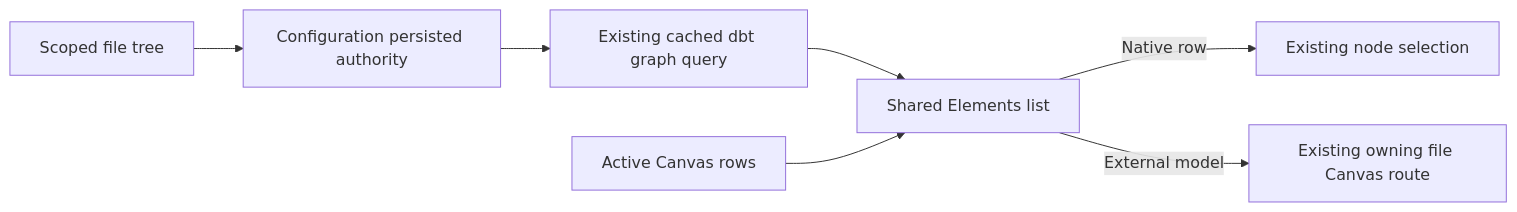
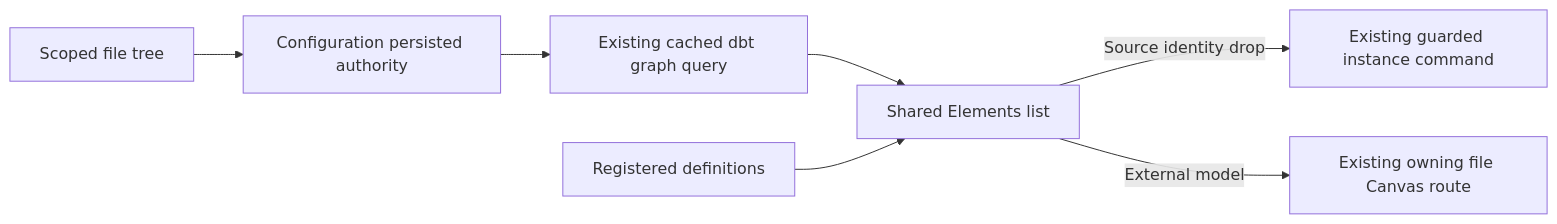
Before and after one commit to dunay2/dvt: the first of 5 diagrams in docs/architecture/components/web/code-workbench-workspace-files-component.md, drawn with Mermaid. The commit also changed other lines of this file and 10 other files, not shown here.

Commit message:
fix(web): Reuse source instance creation from the Elements catalogue

````diff
--- a/docs/architecture/components/web/code-workbench-workspace-files-component.md
+++ b/docs/architecture/components/web/code-workbench-workspace-files-component.md
@@ -118,9 +129,9 @@
 ```mermaid
 flowchart LR
   T[Scoped file tree] --> A[Configuration persisted authority]
   A --> G[Existing cached dbt graph query]
   G --> E[Shared Elements list]
-  N[Active Canvas rows] --> E
-  E -->|Native row| S[Existing node selection]
+  N[Registered definitions] --> E
+  E -->|Source identity drop| S[Existing guarded instance command]
   E -->|External model| R[Existing owning file Canvas route]
 ```
````
